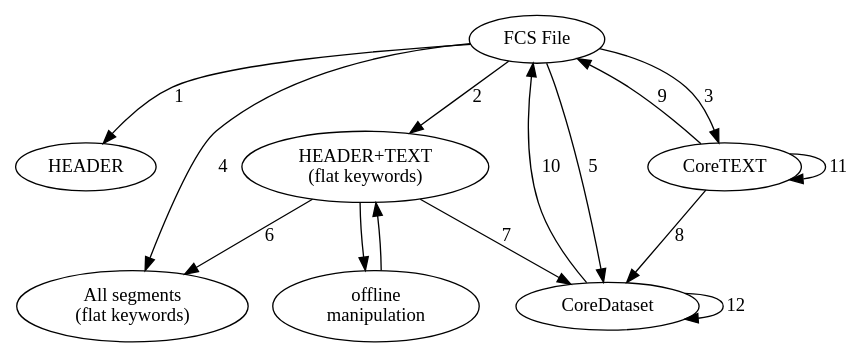
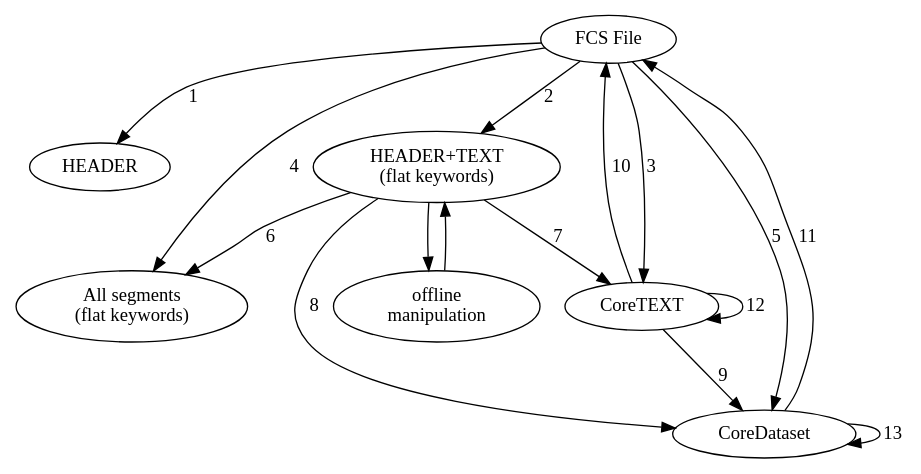
The diagram in pyreflow/docs/source/workflow.rst (usnistgov/fireflow), drawn with Graphviz before and after one commit. The commit also changed other lines of this file, not shown here.

Commit message:
ENH allude to new methods

```diff
--- a/pyreflow/docs/source/workflow.rst
+++ b/pyreflow/docs/source/workflow.rst
@@ -6,23 +6,24 @@
 .. graphviz::
 
    digraph G {
        "FCS File" -> HEADER [label = "1"];
        "FCS File" -> "HEADER+TEXT\n(flat keywords)" [label = "2"];
        "FCS File" -> CoreTEXT [label = "3"];
        "FCS File" -> "All segments\n(flat keywords)" [label = "4"];
        "FCS File" -> CoreDataset [label = "5"];
 
        "HEADER+TEXT\n(flat keywords)" -> "All segments\n(flat keywords)" [label = "6"];
-       "HEADER+TEXT\n(flat keywords)" -> CoreDataset [label = "7"];
+       "HEADER+TEXT\n(flat keywords)" -> CoreTEXT [label = "7"];
+       "HEADER+TEXT\n(flat keywords)" -> CoreDataset [label = "8"];
 
-       CoreTEXT -> CoreDataset [label = "8"];
+       CoreTEXT -> CoreDataset [label = "9"];
 
-       CoreTEXT -> "FCS File" [label = "9"];
-       CoreDataset -> "FCS File" [label = "10"];
+       CoreTEXT -> "FCS File" [label = "10"];
+       CoreDataset -> "FCS File" [label = "11"];
 
-       CoreTEXT -> CoreTEXT [label = "11"];
-       CoreDataset -> CoreDataset [label = "12"];
+       CoreTEXT -> CoreTEXT [label = "12"];
+       CoreDataset -> CoreDataset [label = "13"];
 
        "HEADER+TEXT\n(flat keywords)" -> "offline\nmanipulation";
        "offline\nmanipulation" -> "HEADER+TEXT\n(flat keywords)";
    }
```
